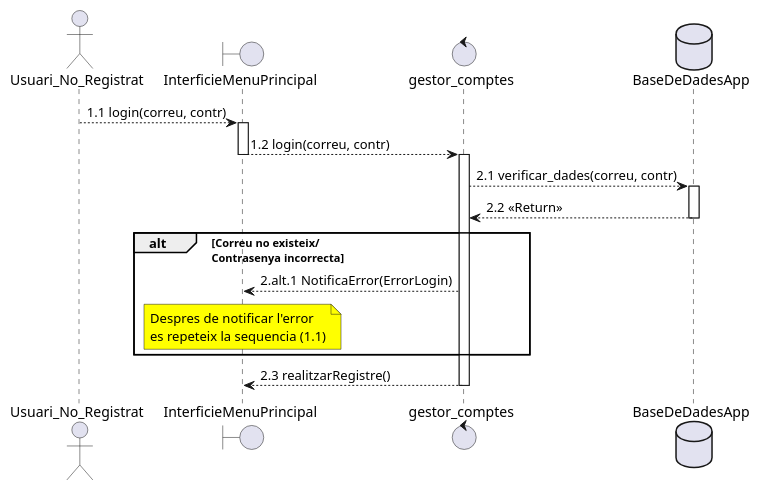
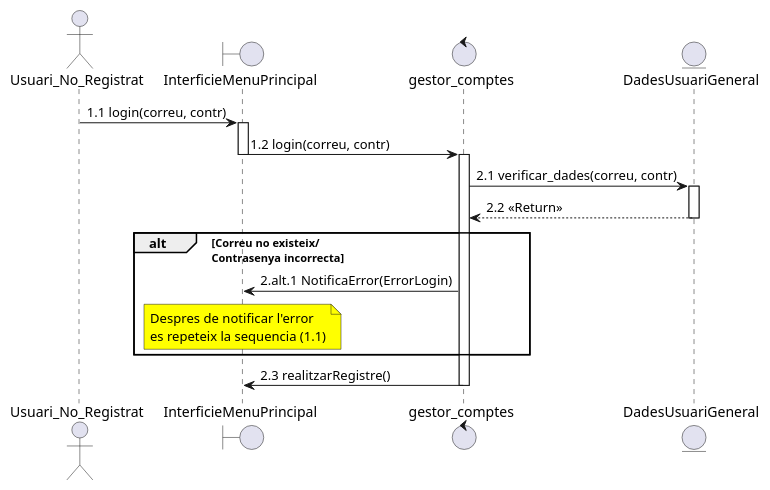
Before and after one commit to martipages/ES23UAB431-02: the diagram in documents/Diagrames i Especificacions/Seqüencia/ALEJANDRO/4- Login.puml, drawn with PlantUML. The commit also changed 9 other files, not shown here.

```diff
--- a/documents/Diagrames i Especificacions/Seqüencia/ALEJANDRO/4- Login.puml
+++ b/documents/Diagrames i Especificacions/Seqüencia/ALEJANDRO/4- Login.puml
@@ -1,21 +1,21 @@
 @startuml
 
 actor Usuari_No_Registrat as UsuariN
 boundary InterficieMenuPrincipal as interficie
 control gestor_comptes as gestor
-database BaseDeDadesApp as correu
+entity DadesUsuariGeneral as correu
 
 
-UsuariN --> interficie ++: 1.1 login(correu, contr)
-interficie --> gestor --++: 1.2 login(correu, contr)
-gestor --> correu ++: 2.1 verificar_dades(correu, contr)
+UsuariN -> interficie ++: 1.1 login(correu, contr)
+interficie -> gestor --++: 1.2 login(correu, contr)
+gestor -> correu ++: 2.1 verificar_dades(correu, contr)
 correu --> gestor --: 2.2 <<Return>>
 alt Correu no existeix/ \nContrasenya incorrecta
-   gestor --> interficie : 2.alt.1 NotificaError(ErrorLogin)
+   gestor -> interficie : 2.alt.1 NotificaError(ErrorLogin)
    note over interficie #yellow : Despres de notificar l'error\nes repeteix la sequencia (1.1)
 end
 
-gestor --> interficie --: 2.3 realitzarRegistre()
+gestor -> interficie --: 2.3 realitzarRegistre()
 
 
 @enduml
```
